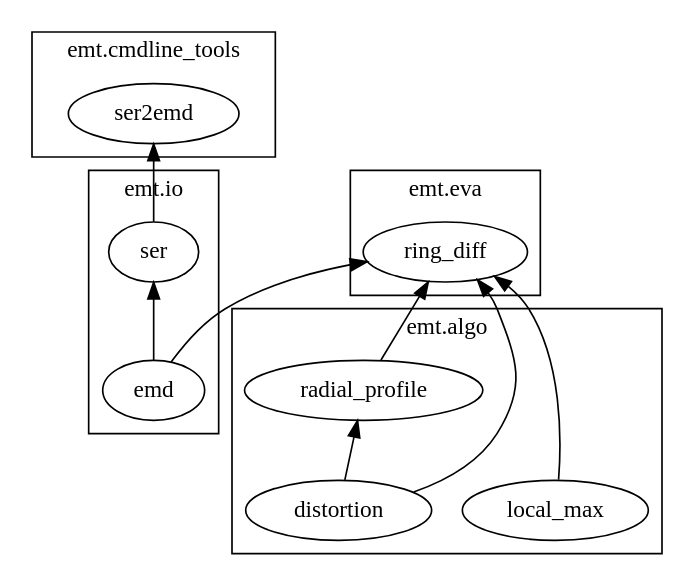
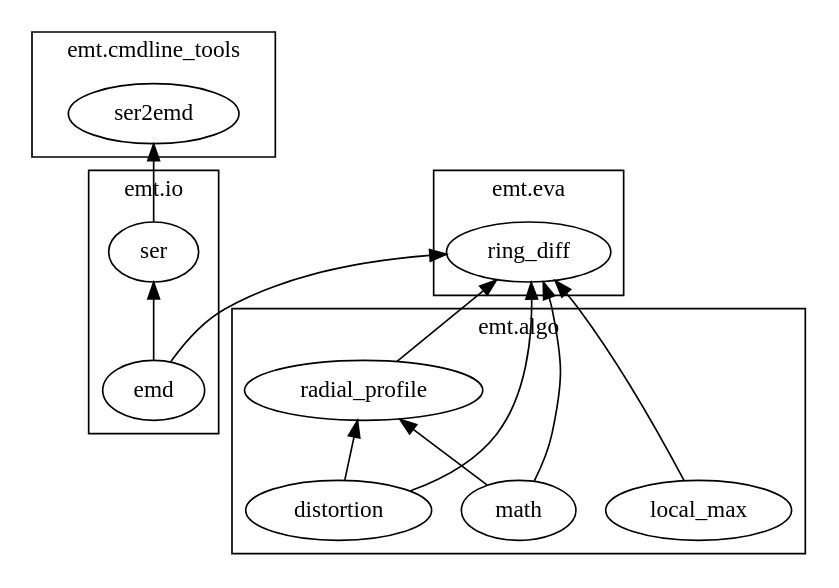
Before and after one commit to fniekiel/emt: the diagram in docs/module_layout.dot, drawn with Graphviz. The commit also changed 4 other files, not shown here.

Commit message:
(radial_profile) finished fitting radial profile, introduced new algo.math module

```diff
--- a/docs/module_layout.dot
+++ b/docs/module_layout.dot
@@ -1,49 +1,52 @@
 digraph modules {
     rankdir = BT;
     labelloc = "b";
 
     subgraph "cluster_emt.io"{
     label = "emt.io";
     
     "emt.io.emd" [label="emd"];
     
     "emt.io.ser" [label="ser"];
 
     
     }
     
     subgraph "cluster_emt.algo"{
     label = "emt.algo";
     
     "emt.algo.local_max" [label="local_max"];
     "emt.algo.distortion" [label="distortion"];
     "emt.algo.radial_profile" [label="radial_profile"];
+    "emt.algo.math" [label="math"];
     
     }
     
     subgraph "cluster_emt.eva"{
     label = "emt.eva";
     
     "emt.eva.ring_diff" [label="ring_diff"];
 
     
     }
     
     subgraph "cluster_emt.cmdline_tools" {
     label = "emt.cmdline_tools";
     
     "emt.cmdline_tools.ser2emd" [label="ser2emd"];
 
     }
     
     "emt.io.emd" -> "emt.io.ser";
     
     "emt.algo.distortion" -> "emt.algo.radial_profile";
+    "emt.algo.math" -> "emt.algo.radial_profile";
     
     "emt.algo.local_max" -> "emt.eva.ring_diff";
     "emt.algo.distortion" -> "emt.eva.ring_diff";
     "emt.algo.radial_profile" -> "emt.eva.ring_diff";
+    "emt.algo.math" -> "emt.eva.ring_diff";
     "emt.io.emd" -> "emt.eva.ring_diff";
     
     "emt.io.ser" -> "emt.cmdline_tools.ser2emd";
 }
```
